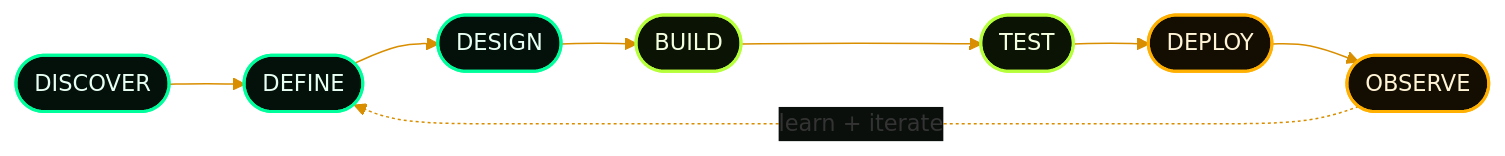
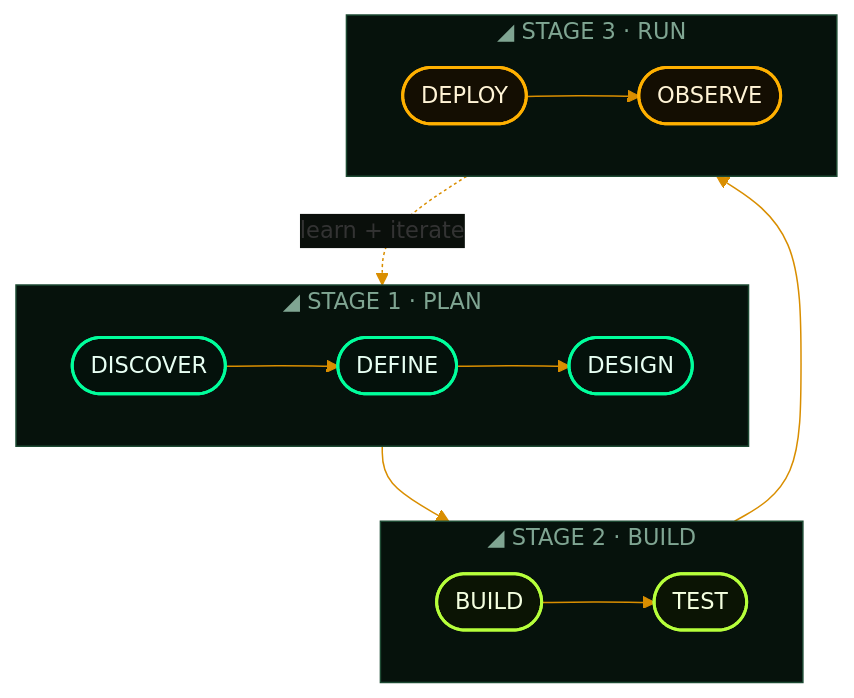
One commit to kawincodes/kawincodes changed the second of 3 diagrams in README.md. Above: the diagram before and after it, drawn with Mermaid. The commit also changed other lines of this file, not shown here.

First line of the commit message:
Polish README: on-theme stack badges, clearer pipeline, no blue links

````diff
--- a/README.md
+++ b/README.md
@@ -360,10 +338,21 @@
 ```mermaid
-%%{init: {'theme':'base', 'themeVariables': {'fontFamily':'ui-monospace, SFMono-Regular, Menlo, Consolas, monospace', 'fontSize':'15px', 'lineColor':'#D98E00', 'textColor':'#FFB000', 'edgeLabelBackground':'#0A0F0B'}}}%%
-flowchart LR
-    D(["DISCOVER"]):::g --> F(["DEFINE"]):::g --> S(["DESIGN"]):::g --> B(["BUILD"]):::l
-    B --> T(["TEST"]):::l --> R(["DEPLOY"]):::a --> O(["OBSERVE"]):::a
-    O -. "learn + iterate" .-> F
+%%{init: {'theme':'base', 'themeVariables': {'fontSize':'15px', 'lineColor':'#D98E00', 'textColor':'#FFB000', 'edgeLabelBackground':'#0A0F0B', 'clusterBkg':'#06120C', 'clusterBorder':'#1D4A33', 'titleColor':'#7FA592'}}}%%
+flowchart TB
+    subgraph PLAN ["◢ STAGE 1 · PLAN"]
+        direction LR
+        D(["DISCOVER"]):::g --> F(["DEFINE"]):::g --> S(["DESIGN"]):::g
+    end
+    subgraph MAKE ["◢ STAGE 2 · BUILD"]
+        direction LR
+        B(["BUILD"]):::l --> T(["TEST"]):::l
+    end
+    subgraph RUN ["◢ STAGE 3 · RUN"]
+        direction LR
+        R(["DEPLOY"]):::a --> O(["OBSERVE"]):::a
+    end
+    PLAN --> MAKE --> RUN
+    RUN -. "learn + iterate" .-> PLAN
     classDef g fill:#04110B,stroke:#00FF9C,stroke-width:2px,color:#E8FFF3
     classDef l fill:#0B1404,stroke:#B6FF3B,stroke-width:2px,color:#F4FFE0
     classDef a fill:#140E02,stroke:#FFB000,stroke-width:2px,color:#FFF4D6
 ```
````
